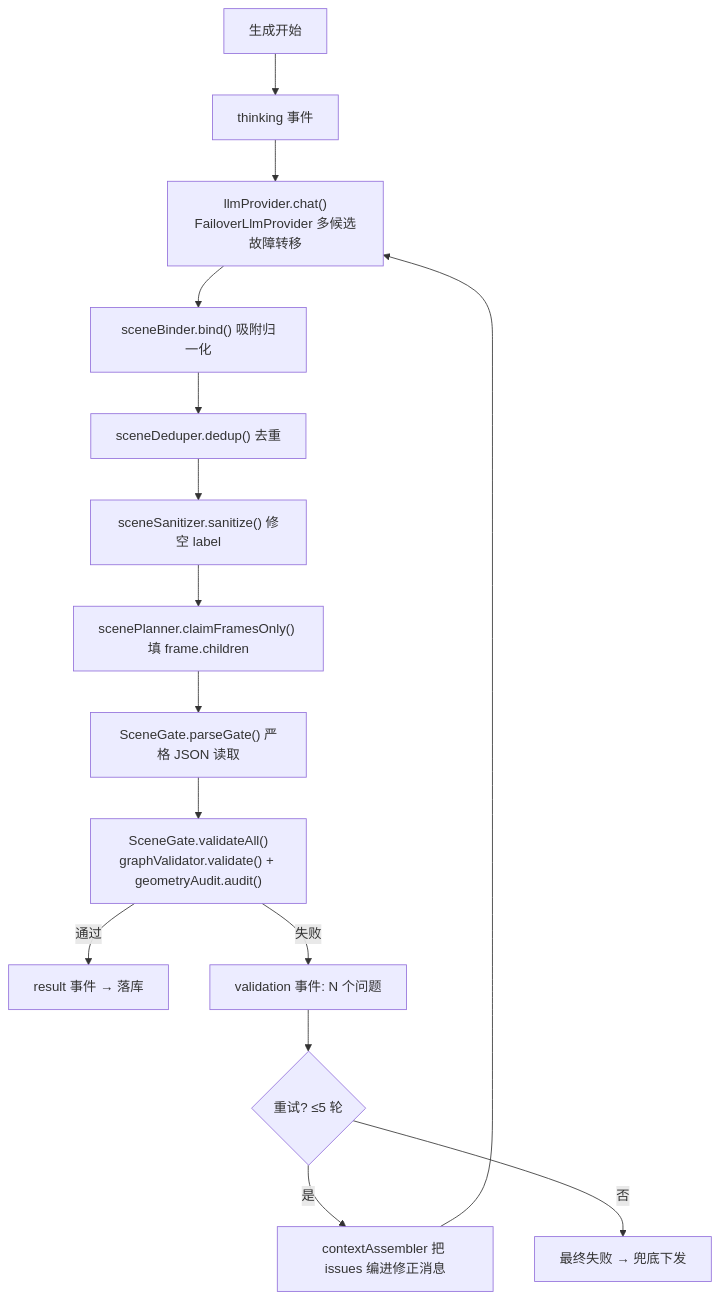
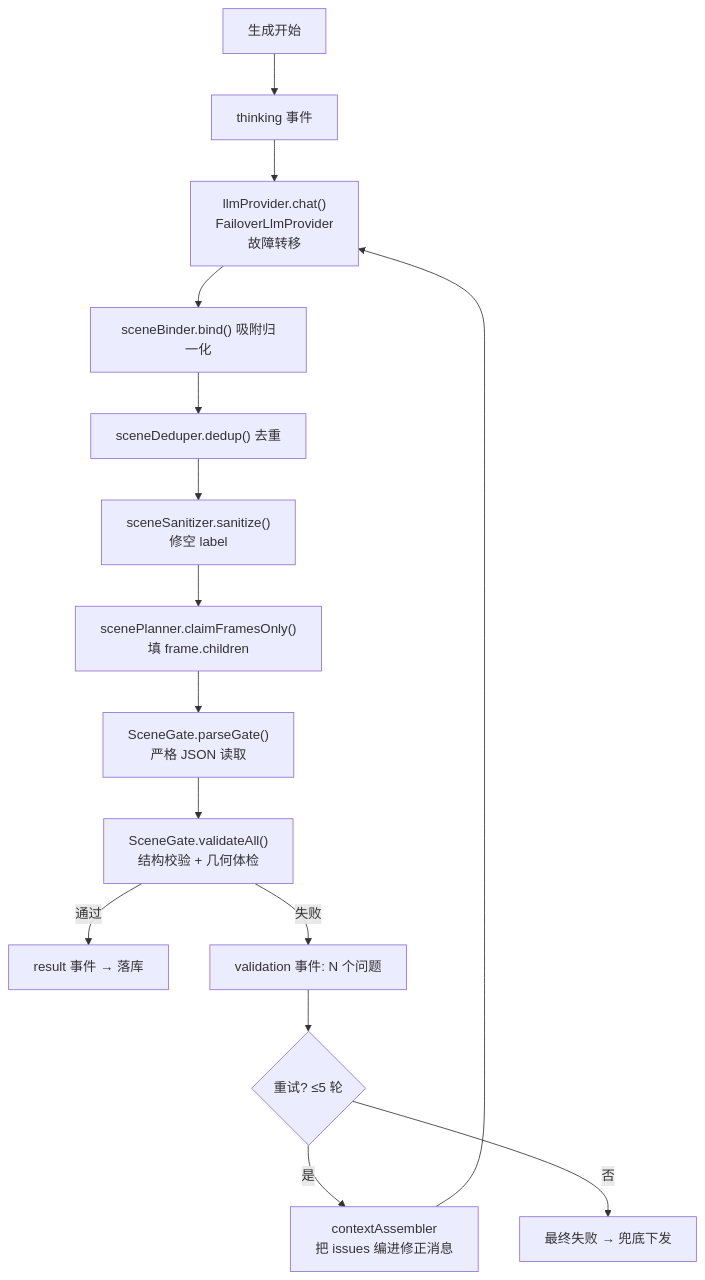
The seventh of 13 diagrams in workbuddyFlow/docs/FlowAI架构与交互机制.md (Nihao7-L/flowchart-ai), drawn with Mermaid before and after one commit. The commit also changed other lines of this file, not shown here.

First line of the commit message:
docs: 修复架构文档 mermaid 图文字被裁——节点只留短名，细节下沉正文

````diff
--- a/workbuddyFlow/docs/FlowAI架构与交互机制.md
+++ b/workbuddyFlow/docs/FlowAI架构与交互机制.md
@@ -184,17 +191,17 @@
 ```mermaid
 flowchart TD
   Start["生成开始"] --> Think["thinking 事件"]
-  Think --> LLM["llmProvider.chat()<br/>FailoverLlmProvider 多候选故障转移"]
+  Think --> LLM["llmProvider.chat()<br/>FailoverLlmProvider<br/>故障转移"]
   LLM --> Bind["sceneBinder.bind() 吸附归一化"]
   Bind --> Dedup["sceneDeduper.dedup() 去重"]
-  Dedup --> San["sceneSanitizer.sanitize() 修空 label"]
-  San --> Claim["scenePlanner.claimFramesOnly() 填 frame.children"]
-  Claim --> Gate["SceneGate.parseGate() 严格 JSON 读取"]
-  Gate --> Val["SceneGate.validateAll()<br/>graphValidator.validate() + geometryAudit.audit()"]
+  Dedup --> San["sceneSanitizer.sanitize()<br/>修空 label"]
+  San --> Claim["scenePlanner.claimFramesOnly()<br/>填 frame.children"]
+  Claim --> Gate["SceneGate.parseGate()<br/>严格 JSON 读取"]
+  Gate --> Val["SceneGate.validateAll()<br/>结构校验 + 几何体检"]
   Val -->|"通过"| Res["result 事件 → 落库"]
   Val -->|"失败"| Iss["validation 事件: N 个问题"]
   Iss --> Retry{"重试? ≤5 轮"}
-  Retry -->|"是"| Fix["contextAssembler 把 issues 编进修正消息"]
+  Retry -->|"是"| Fix["contextAssembler<br/>把 issues 编进修正消息"]
   Fix --> LLM
   Retry -->|"否"| Fall["最终失败 → 兜底下发"]
 ```
````
